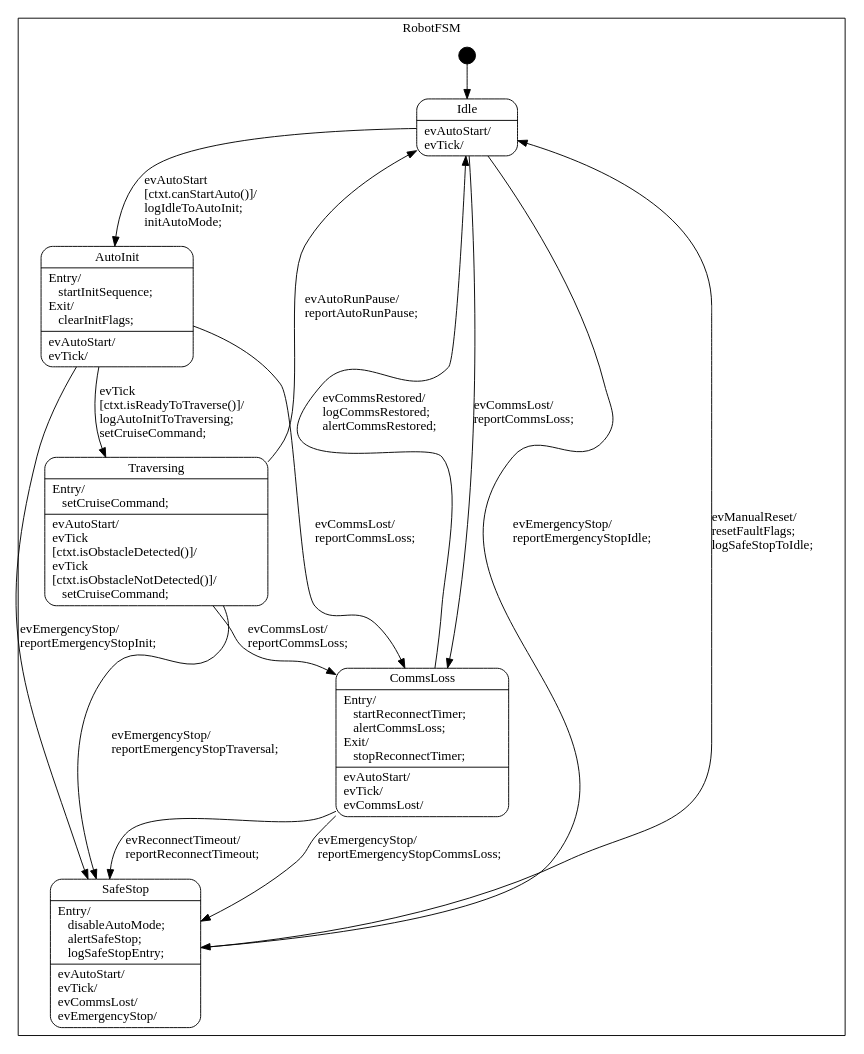
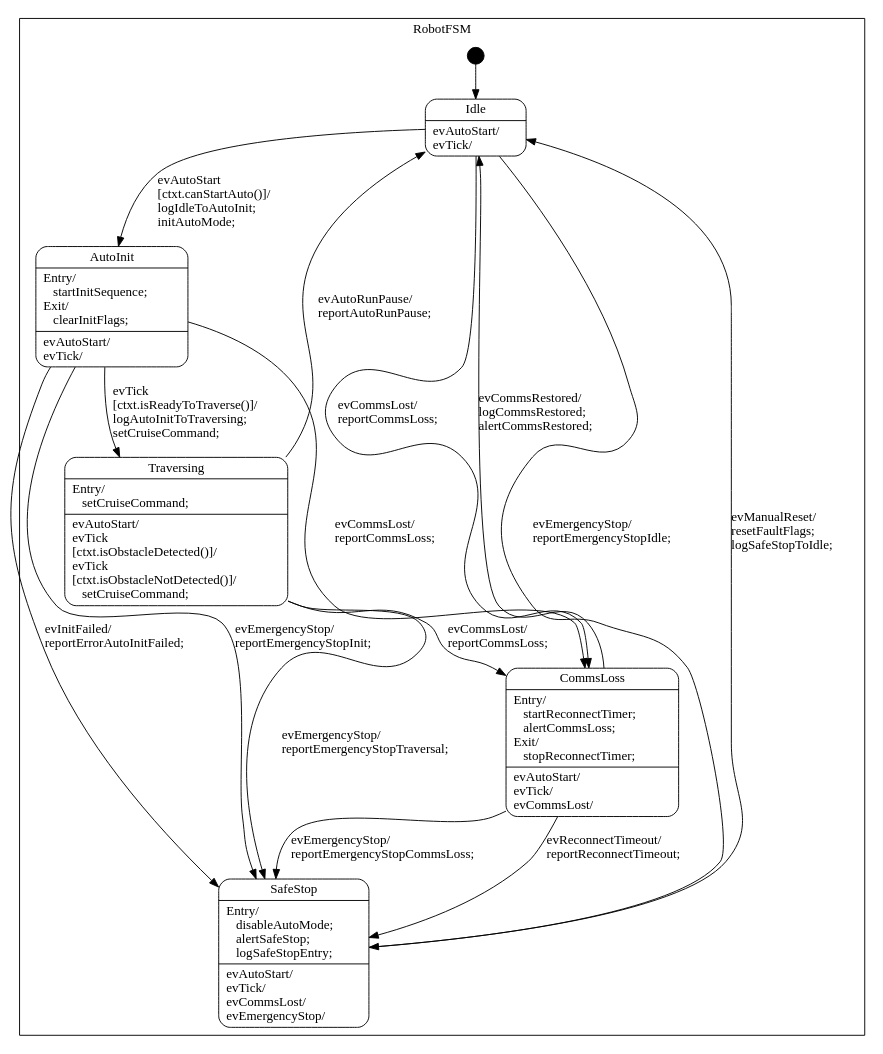
Before and after one commit to major173/b29_control: the diagram in b29_controllers/b29_smc_auto_controller/gen/RobotFSM_sm.dot, drawn with Graphviz. The commit also changed 8 other files, not shown here.

Commit message:
Add SMC evInitFailed.

```diff
--- a/b29_controllers/b29_smc_auto_controller/gen/RobotFSM_sm.dot
+++ b/b29_controllers/b29_smc_auto_controller/gen/RobotFSM_sm.dot
@@ -1,78 +1,81 @@
 digraph RobotFSM {
 
     node
         [shape=Mrecord width=1.5];
 
     subgraph cluster_RobotFSM {
 
         label="RobotFSM";
 
         //
         // States (Nodes)
         //
 
         "RobotFSM::Idle"
             [label="{Idle|evAutoStart/\levTick/\l}"];
 
         "RobotFSM::AutoInit"
             [label="{AutoInit|Entry/\l&nbsp;&nbsp;&nbsp;startInitSequence;\lExit/\l&nbsp;&nbsp;&nbsp;clearInitFlags;\l|evAutoStart/\levTick/\l}"];
 
         "RobotFSM::Traversing"
             [label="{Traversing|Entry/\l&nbsp;&nbsp;&nbsp;setCruiseCommand;\l|evAutoStart/\levTick\l\[ctxt.isObstacleDetected()\]/\levTick\l\[ctxt.isObstacleNotDetected()\]/\l&nbsp;&nbsp;&nbsp;setCruiseCommand;\l}"];
 
         "RobotFSM::CommsLoss"
             [label="{CommsLoss|Entry/\l&nbsp;&nbsp;&nbsp;startReconnectTimer;\l&nbsp;&nbsp;&nbsp;alertCommsLoss;\lExit/\l&nbsp;&nbsp;&nbsp;stopReconnectTimer;\l|evAutoStart/\levTick/\levCommsLost/\l}"];
 
         "RobotFSM::SafeStop"
             [label="{SafeStop|Entry/\l&nbsp;&nbsp;&nbsp;disableAutoMode;\l&nbsp;&nbsp;&nbsp;alertSafeStop;\l&nbsp;&nbsp;&nbsp;logSafeStopEntry;\l|evAutoStart/\levTick/\levCommsLost/\levEmergencyStop/\l}"];
 
         "%start"
             [label="" shape=circle style=filled fillcolor=black width=0.25];
 
         //
         // Transitions (Edges)
         //
 
         "RobotFSM::Idle" -> "RobotFSM::AutoInit"
             [label="evAutoStart\l\[ctxt.canStartAuto()\]/\llogIdleToAutoInit;\linitAutoMode;\l"];
 
         "RobotFSM::Idle" -> "RobotFSM::CommsLoss"
             [label="evCommsLost/\lreportCommsLoss;\l"];
 
         "RobotFSM::Idle" -> "RobotFSM::SafeStop"
             [label="evEmergencyStop/\lreportEmergencyStopIdle;\l"];
 
         "RobotFSM::AutoInit" -> "RobotFSM::Traversing"
             [label="evTick\l\[ctxt.isReadyToTraverse()\]/\llogAutoInitToTraversing;\lsetCruiseCommand;\l"];
 
+        "RobotFSM::AutoInit" -> "RobotFSM::SafeStop"
+            [label="evInitFailed/\lreportErrorAutoInitFailed;\l"];
+
         "RobotFSM::AutoInit" -> "RobotFSM::CommsLoss"
             [label="evCommsLost/\lreportCommsLoss;\l"];
 
         "RobotFSM::AutoInit" -> "RobotFSM::SafeStop"
             [label="evEmergencyStop/\lreportEmergencyStopInit;\l"];
 
         "RobotFSM::Traversing" -> "RobotFSM::Idle"
             [label="evAutoRunPause/\lreportAutoRunPause;\l"];
 
         "RobotFSM::Traversing" -> "RobotFSM::CommsLoss"
             [label="evCommsLost/\lreportCommsLoss;\l"];
 
         "RobotFSM::Traversing" -> "RobotFSM::SafeStop"
             [label="evEmergencyStop/\lreportEmergencyStopTraversal;\l"];
 
         "RobotFSM::CommsLoss" -> "RobotFSM::Idle"
             [label="evCommsRestored/\llogCommsRestored;\lalertCommsRestored;\l"];
 
         "RobotFSM::CommsLoss" -> "RobotFSM::SafeStop"
             [label="evReconnectTimeout/\lreportReconnectTimeout;\l"];
 
         "RobotFSM::CommsLoss" -> "RobotFSM::SafeStop"
             [label="evEmergencyStop/\lreportEmergencyStopCommsLoss;\l"];
 
         "RobotFSM::SafeStop" -> "RobotFSM::Idle"
             [label="evManualReset/\lresetFaultFlags;\llogSafeStopToIdle;\l"];
 
         "%start" -> "RobotFSM::Idle"
     }
 
 }
```
